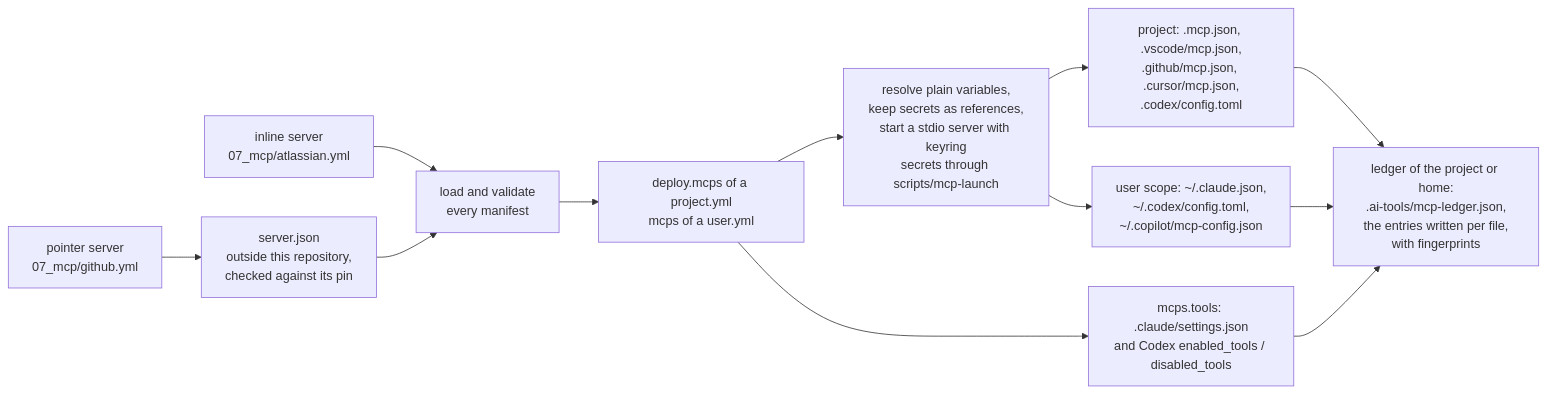
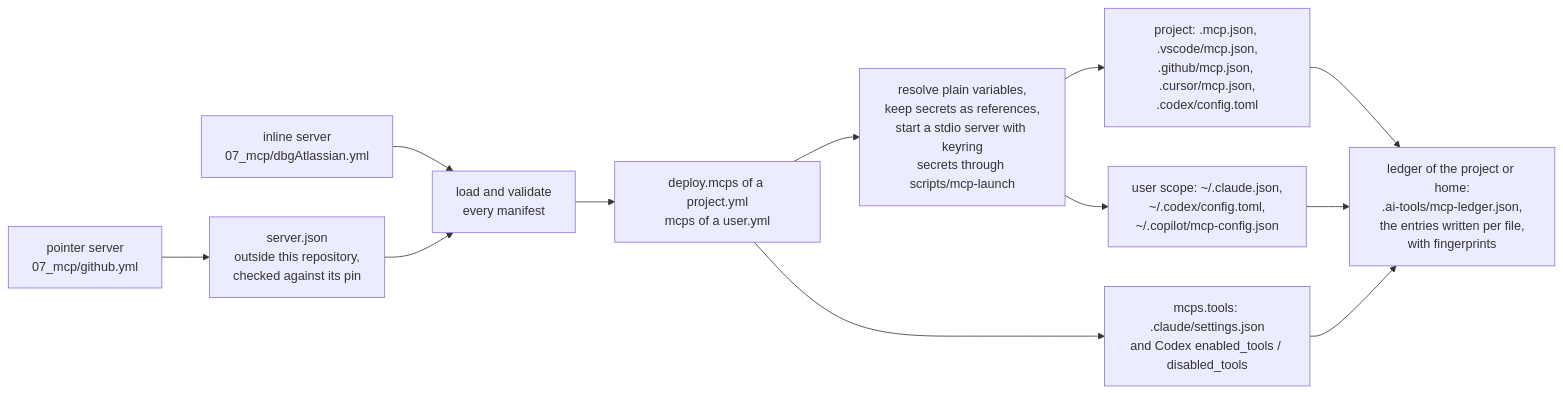
The first of 2 diagrams in 07_mcp/README.md (cleanshipcz/ai-tools), drawn with Mermaid before and after one commit. The commit also changed other lines of this file and 10 other files, not shown here.

````diff
--- a/07_mcp/README.md
+++ b/07_mcp/README.md
@@ -18,13 +18,13 @@
 ```mermaid
 flowchart LR
-    inline["inline server<br/>07_mcp/atlassian.yml"] --> loader
+    inline["inline server<br/>07_mcp/dbgAtlassian.yml"] --> loader
     pointer["pointer server<br/>07_mcp/github.yml"] --> json["server.json<br/>outside this repository,<br/>checked against its pin"] --> loader
     loader["load and validate<br/>every manifest"] --> filter["deploy.mcps of a project.yml<br/>mcps of a user.yml"]
     filter --> resolve["resolve plain variables,<br/>keep secrets as references,<br/>start a stdio server with keyring<br/>secrets through scripts/mcp-launch"]
     resolve --> project["project: .mcp.json, .vscode/mcp.json,<br/>.github/mcp.json, .cursor/mcp.json,<br/>.codex/config.toml"]
     resolve --> home["user scope: ~/.claude.json,<br/>~/.codex/config.toml,<br/>~/.copilot/mcp-config.json"]
     filter --> tools["mcps.tools: .claude/settings.json<br/>and Codex enabled_tools / disabled_tools"]
     project --> ledger["ledger of the project or home:<br/>.ai-tools/mcp-ledger.json,<br/>the entries written per file,<br/>with fingerprints"]
     home --> ledger
     tools --> ledger
 ```
````
